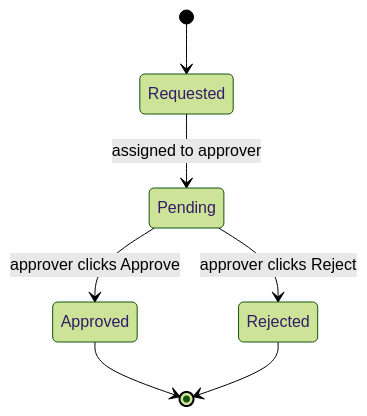
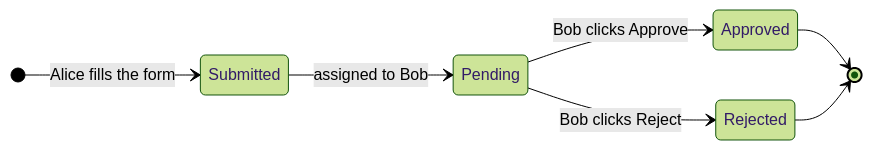
The first of 11 diagrams in problems/011-approval-management/question.md (shiningflash/system-design), drawn with Mermaid (forest theme) before and after one commit. The commit also changed other lines of this file and 1 other file, not shown here.

First line of the commit message:
011 approval: clearer prose, color-grouped mermaid, build-up architecture

````diff
--- a/problems/011-approval-management/question.md
+++ b/problems/011-approval-management/question.md
@@ -36,9 +38,10 @@
 ```mermaid
 stateDiagram-v2
-    [*] --> Requested
-    Requested --> Pending: assigned to approver
-    Pending --> Approved: approver clicks Approve
-    Pending --> Rejected: approver clicks Reject
+    direction LR
+    [*] --> Submitted: Alice fills the form
+    Submitted --> Pending: assigned to Bob
+    Pending --> Approved: Bob clicks Approve
+    Pending --> Rejected: Bob clicks Reject
     Approved --> [*]
     Rejected --> [*]
 ```
````
